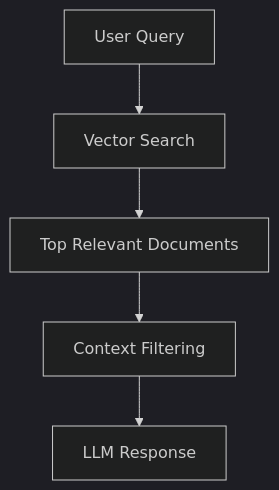
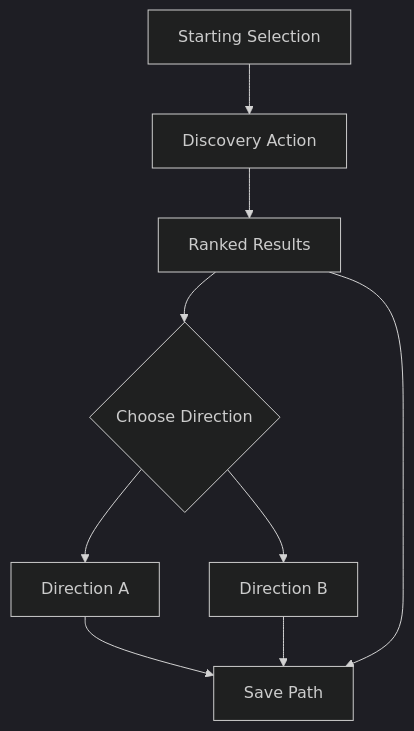
Before and after one commit to Rachit47/Arcademia-AI: the sixth of 9 diagrams in docs/ArcademiaAI_Software_Design_Document.md, drawn with Mermaid (dark theme). The commit also changed other lines of this file, not shown here.

````diff
--- a/docs/ArcademiaAI_Software_Design_Document.md
+++ b/docs/ArcademiaAI_Software_Design_Document.md
@@ -1623,14 +722,15 @@
 ```mermaid
 flowchart TD
+    Root[Starting Selection]
+    Action[Discovery Action]
+    Results[Ranked Results]
+    Branch{Choose Direction}
+    A[Direction A]
+    B[Direction B]
+    Save[Save Path]
 
-Query[User Query]
-Search[Vector Search]
-TopDocs[Top Relevant Documents]
-Filter[Context Filtering]
-Response[LLM Response]
-
-Query --> Search
-Search --> TopDocs
-TopDocs --> Filter
-Filter --> Response
+    Root --> Action --> Results --> Branch
+    Branch --> A --> Save
+    Branch --> B --> Save
+    Results --> Save
 ```
````
